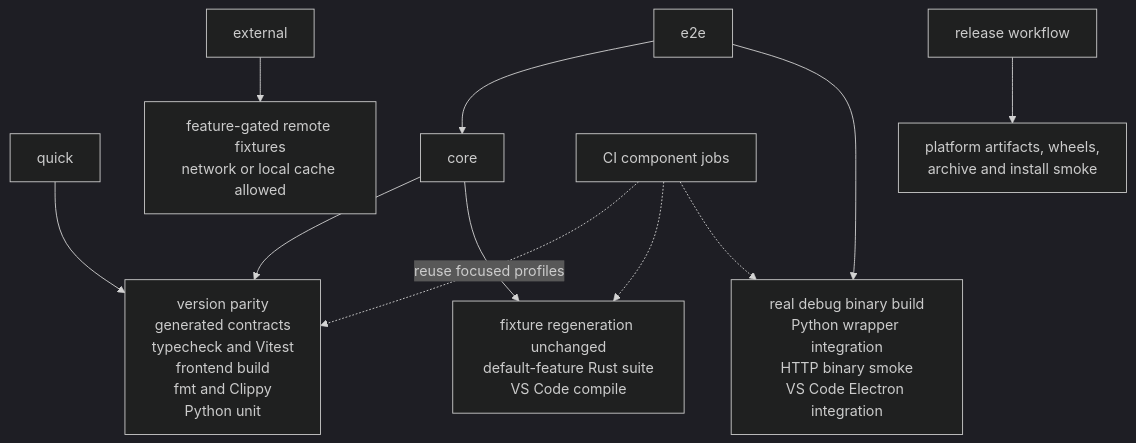
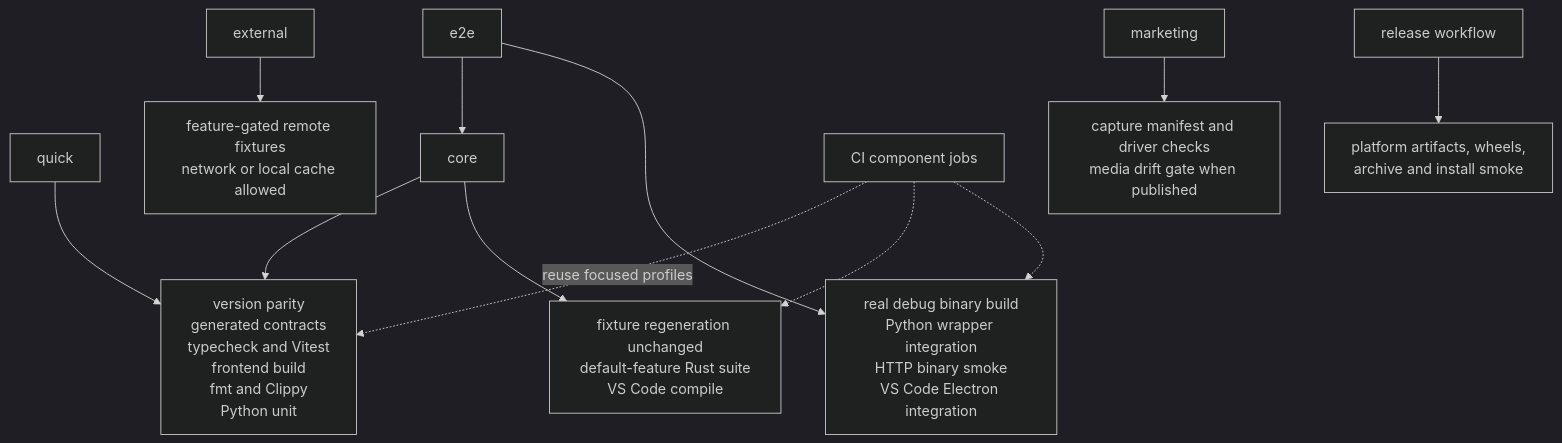
Before and after one commit to beatrice-b-m/dcm-view: the third of 4 diagrams in docs/architecture.md, drawn with Mermaid (dark theme). The commit also changed other lines of this file and 4 other files, not shown here.

First line of the commit message:
docs(marketing): integrate media checks into releases

````diff
--- a/docs/architecture.md
+++ b/docs/architecture.md
@@ -317,13 +317,14 @@
 ```mermaid
 flowchart TD
     quick["quick"] --> qlayers["version parity<br/>generated contracts<br/>typecheck and Vitest<br/>frontend build<br/>fmt and Clippy<br/>Python unit"]
     core["core"] --> qlayers
     core --> clayers["fixture regeneration unchanged<br/>default-feature Rust suite<br/>VS Code compile"]
     e2e["e2e"] --> core
     e2e --> elayers["real debug binary build<br/>Python wrapper integration<br/>HTTP binary smoke<br/>VS Code Electron integration"]
     external["external"] --> xlayers["feature-gated remote fixtures<br/>network or local cache allowed"]
+    marketing["marketing"] --> mlayers["capture manifest and driver checks<br/>media drift gate when published"]
     ci["CI component jobs"] -. "reuse focused profiles" .-> qlayers
     ci -.-> clayers
     ci -.-> elayers
     release["release workflow"] --> rlayers["platform artifacts, wheels,<br/>archive and install smoke"]
 ```
````
